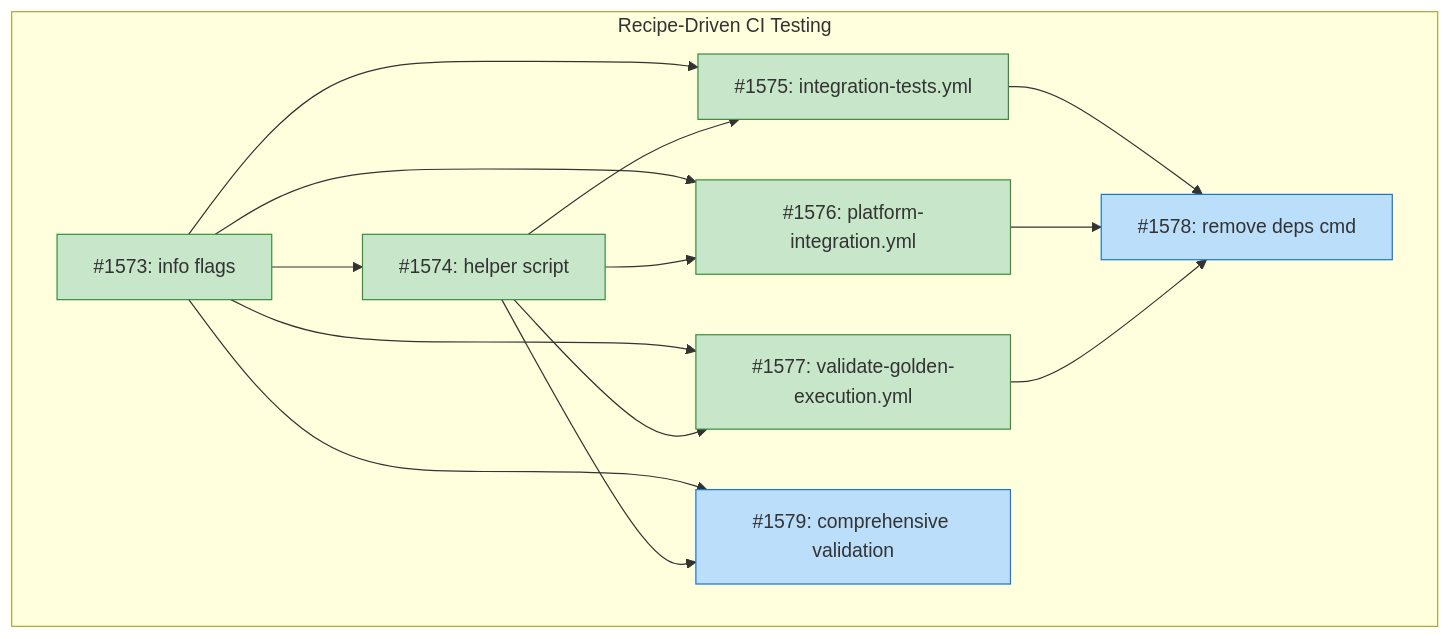
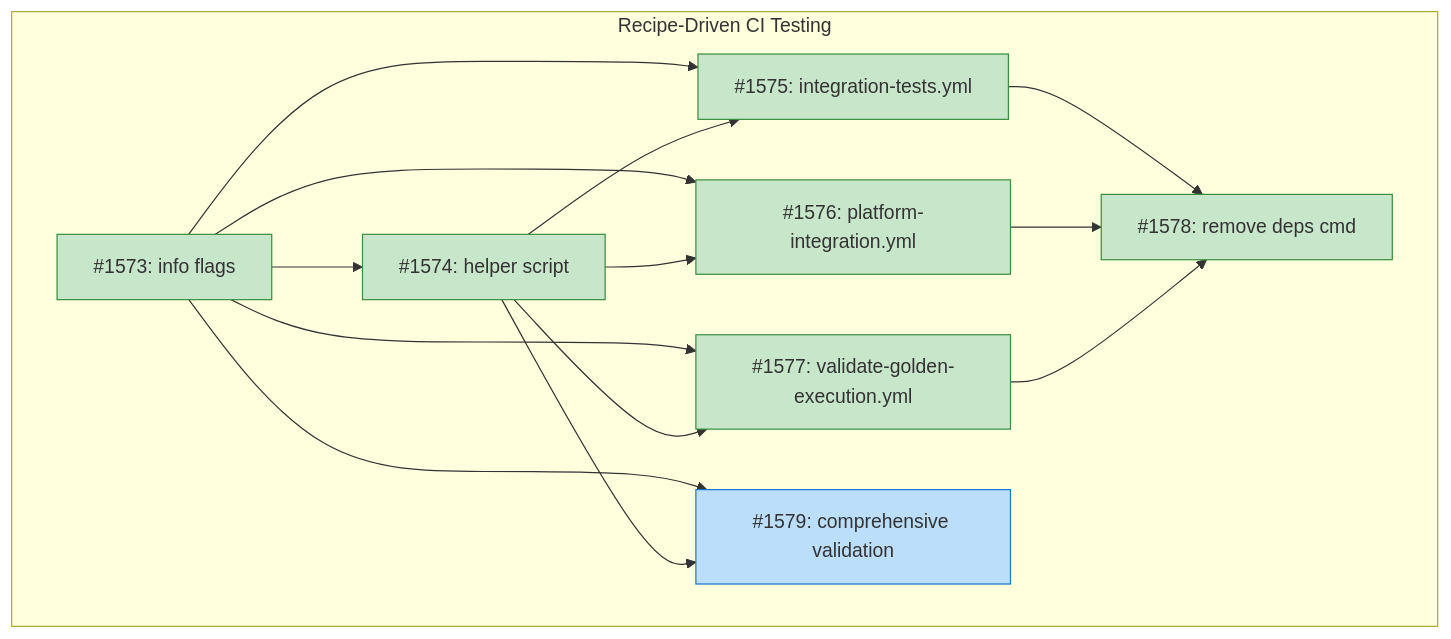
Before and after one commit to tsukumogami/tsuku: the diagram in docs/designs/DESIGN-recipe-driven-ci-testing.md, drawn with Mermaid. The commit also changed other lines of this file, not shown here.

Commit message:
docs(design): mark issue #1578 complete

````diff
--- a/docs/designs/DESIGN-recipe-driven-ci-testing.md
+++ b/docs/designs/DESIGN-recipe-driven-ci-testing.md
@@ -54,38 +54,38 @@
 ```mermaid
 graph TD
     subgraph Recipe-Driven CI Testing
         I1573[#1573: info flags]
         I1574[#1574: helper script]
         I1575[#1575: integration-tests.yml]
         I1576[#1576: platform-integration.yml]
         I1577[#1577: validate-golden-execution.yml]
         I1578[#1578: remove deps cmd]
         I1579[#1579: comprehensive validation]
     end
 
     I1573 --> I1574
     I1573 --> I1575
     I1573 --> I1576
     I1573 --> I1577
     I1573 --> I1579
     I1574 --> I1575
     I1574 --> I1576
     I1574 --> I1577
     I1574 --> I1579
     I1575 --> I1578
     I1576 --> I1578
     I1577 --> I1578
 
     classDef done fill:#c8e6c9,stroke:#388e3c
     classDef ready fill:#bbdefb,stroke:#1976d2
     classDef blocked fill:#fff9c4,stroke:#fbc02d
     classDef needsDesign fill:#e1bee7,stroke:#7b1fa2
 
     class I1573 done
     class I1574 done
     class I1575 done
     class I1576 done
     class I1577 done
-    class I1578 ready
+    class I1578 done
     class I1579 ready
 ```
````
